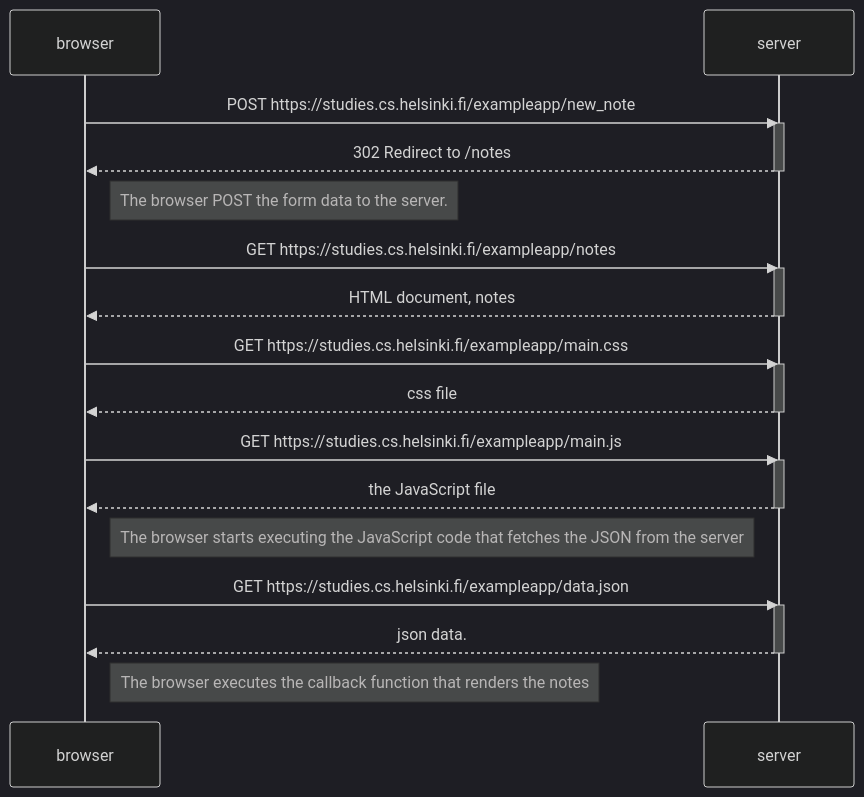
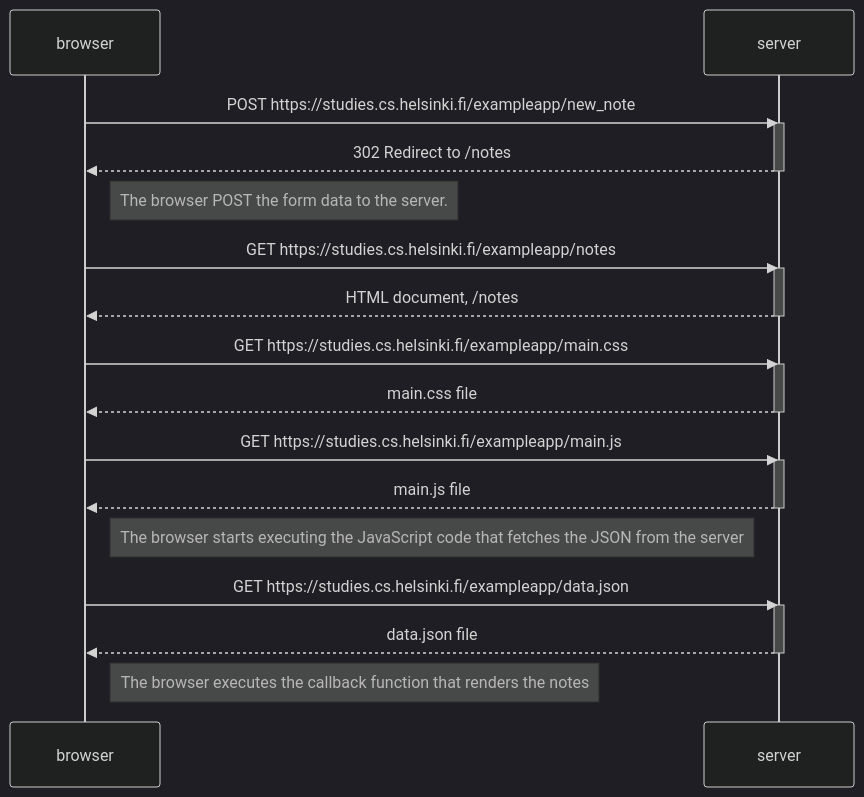
The diagram in part0/0.4/sequence.md (sleffen/fullstackopen), drawn with Mermaid (dark theme) before and after one commit.

````diff
--- a/part0/0.4/sequence.md
+++ b/part0/0.4/sequence.md
@@ -1,35 +1,35 @@
 ```mermaid
 sequenceDiagram
     participant browser
     participant server
 
     browser->>server: POST https://studies.cs.helsinki.fi/exampleapp/new_note
     activate server
     server-->>browser: 302 Redirect to /notes
     deactivate server
     Note right of browser: The browser POST the form data to the server.
 
     browser->>server: GET https://studies.cs.helsinki.fi/exampleapp/notes
     activate server
-    server-->>browser: HTML document, notes
+    server-->>browser: HTML document, /notes
     deactivate server
 
     browser->>server: GET https://studies.cs.helsinki.fi/exampleapp/main.css
     activate server
-    server-->>browser: css file
+    server-->>browser: main.css file
     deactivate server
 
     browser->>server: GET https://studies.cs.helsinki.fi/exampleapp/main.js
     activate server
-    server-->>browser: the JavaScript file
+    server-->>browser: main.js file
     deactivate server
 
     Note right of browser: The browser starts executing the JavaScript code that fetches the JSON from the server
 
     browser->>server: GET https://studies.cs.helsinki.fi/exampleapp/data.json
     activate server
-    server-->>browser: json data.
+    server-->>browser: data.json file
     deactivate server
 
     Note right of browser: The browser executes the callback function that renders the notes
 ```
````
